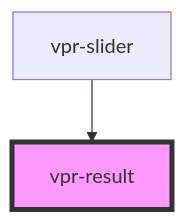
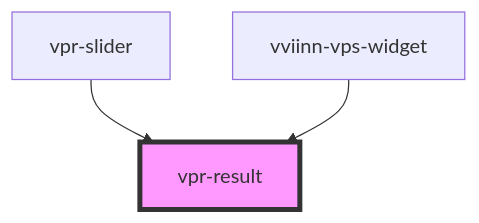
One commit to vviinn/widgets changed the diagram in src/components/vpr-slider/vpr-result/readme.md. Above: the diagram before and after it, drawn with Mermaid. The commit also changed other lines of this file and 25 other files, not shown here.

````diff
--- a/src/components/vpr-slider/vpr-result/readme.md
+++ b/src/components/vpr-slider/vpr-result/readme.md
@@ -40,5 +45,6 @@
 ```mermaid
 graph TD;
   vpr-slider --> vpr-result
+  vviinn-vps-widget --> vpr-result
   style vpr-result fill:#f9f,stroke:#333,stroke-width:4px
 ```
````
